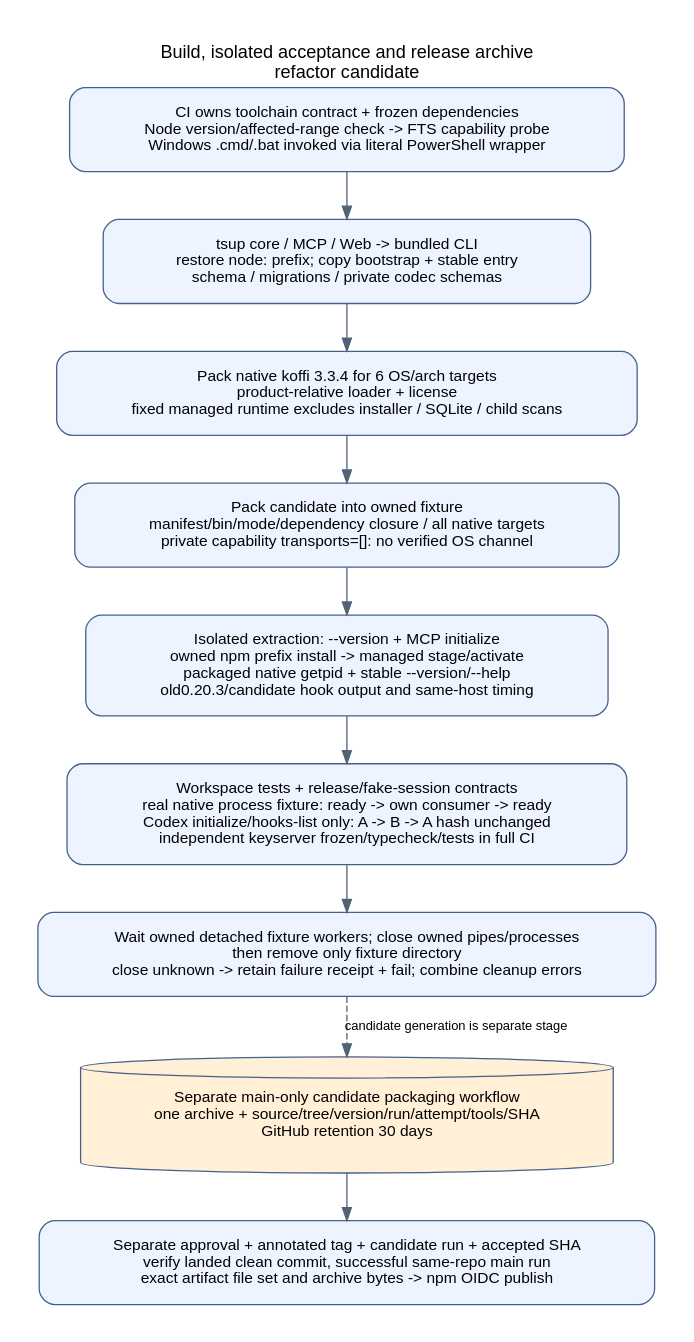
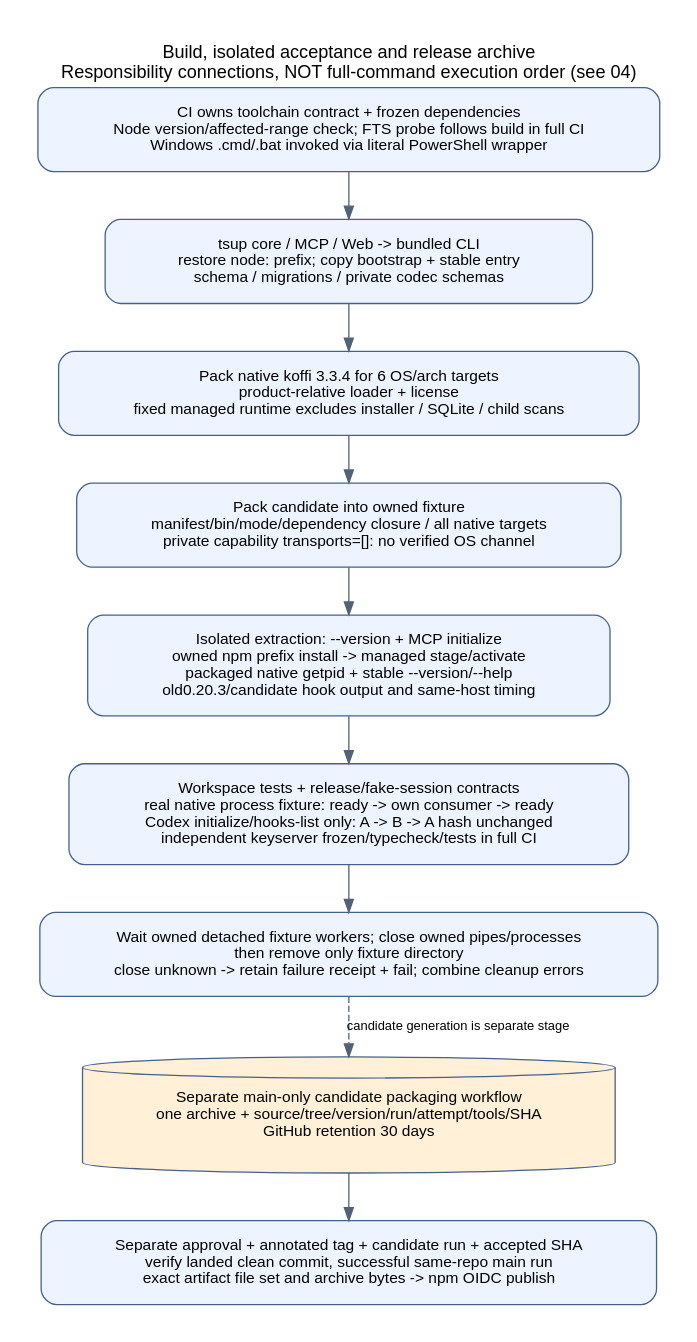
One commit to kitepon/Caveat changed the diagram in docs/diagrams/13-build-pack.dot. Above: the diagram before and after it, drawn with Graphviz. The commit also changed 25 other files, not shown here.

Commit message:
docs: align feature diagrams with failure and delivery contracts

```diff
--- a/docs/diagrams/13-build-pack.dot
+++ b/docs/diagrams/13-build-pack.dot
@@ -1,17 +1,17 @@
 digraph pack {
- graph [rankdir=TB, bgcolor="white", pad="0.3", nodesep="0.35", ranksep="0.5", fontname="Arial", label="Build, isolated acceptance and release archive\nrefactor candidate", labelloc=t];
+ graph [rankdir=TB, bgcolor="white", pad="0.3", nodesep="0.35", ranksep="0.5", fontname="Arial", label="Build, isolated acceptance and release archive\nResponsibility connections, NOT full-command execution order (see 04)", labelloc=t];
  node [shape=box, style="rounded,filled", fillcolor="#edf4ff", color="#45618a", fontname="Arial", fontsize=12, margin="0.8,0.18"];
  edge [fontname="Arial", fontsize=10, color="#526276"];
- contract [label="CI owns toolchain contract + frozen dependencies\nNode version/affected-range check -> FTS capability probe\nWindows .cmd/.bat invoked via literal PowerShell wrapper"];
+ contract [label="CI owns toolchain contract + frozen dependencies\nNode version/affected-range check; FTS probe follows build in full CI\nWindows .cmd/.bat invoked via literal PowerShell wrapper"];
  build [label="tsup core / MCP / Web -> bundled CLI\nrestore node: prefix; copy bootstrap + stable entry\nschema / migrations / private codec schemas"];
  native [label="Pack native koffi 3.3.4 for 6 OS/arch targets\nproduct-relative loader + license\nfixed managed runtime excludes installer / SQLite / child scans"];
  pack [label="Pack candidate into owned fixture\nmanifest/bin/mode/dependency closure / all native targets\nprivate capability transports=[]: no verified OS channel"];
  smoke [label="Isolated extraction: --version + MCP initialize\nowned npm prefix install -> managed stage/activate\npackaged native getpid + stable --version/--help\nold0.20.3/candidate hook output and same-host timing"];
  tests [label="Workspace tests + release/fake-session contracts\nreal native process fixture: ready -> own consumer -> ready\nCodex initialize/hooks-list only: A -> B -> A hash unchanged\nindependent keyserver frozen/typecheck/tests in full CI"];
  clean [label="Wait owned detached fixture workers; close owned pipes/processes\nthen remove only fixture directory\nclose unknown -> retain failure receipt + fail; combine cleanup errors"];
  candidate [shape=cylinder,fillcolor="#fff0d7",label="Separate main-only candidate packaging workflow\none archive + source/tree/version/run/attempt/tools/SHA\nGitHub retention 30 days"];
  approval [label="Separate approval + annotated tag + candidate run + accepted SHA\nverify landed clean commit, successful same-repo main run\nexact artifact file set and archive bytes -> npm OIDC publish"];
  contract -> build -> native -> pack -> smoke -> tests -> clean;
  clean -> candidate [style=dashed,label="candidate generation is separate stage"];
  candidate -> approval;
 }
```
